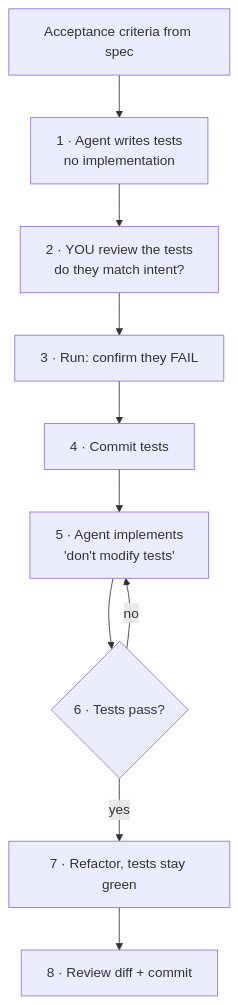
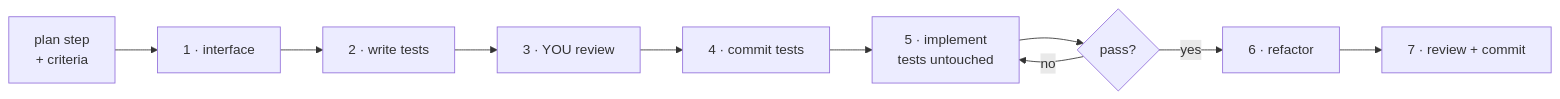
One commit to tomschinelli/ai-engineering-guide changed the second of 6 diagrams in levels/L4-test-first.md. Above: the diagram before and after it, drawn with Mermaid. The commit also changed other lines of this file and 3 other files, not shown here.

First line of the commit message:
L4: runbook per slice, auto-detect next plan step

````diff
--- a/levels/L4-test-first.md
+++ b/levels/L4-test-first.md
@@ -31,12 +41,7 @@
 ```mermaid
-flowchart TD
-    AC[Acceptance criteria from spec] --> T[1 · Agent writes tests<br/>no implementation]
-    T --> RV[2 · YOU review the tests<br/>do they match intent?]
-    RV --> RED[3 · Run: confirm they FAIL]
-    RED --> CT[4 · Commit tests]
-    CT --> IMP[5 · Agent implements<br/>'don't modify tests']
-    IMP --> RUN{6 · Tests pass?}
+flowchart LR
+    AC[plan step<br/>+ criteria] --> IF[1 · interface] --> T[2 · write tests] --> RV[3 · YOU review] --> CT[4 · commit tests]
+    CT --> IMP[5 · implement<br/>tests untouched] --> RUN{pass?}
     RUN -- no --> IMP
-    RUN -- yes --> REF[7 · Refactor, tests stay green]
-    REF --> CM[8 · Review diff + commit]
+    RUN -- yes --> REF[6 · refactor] --> CM[7 · review + commit]
 ```
````
